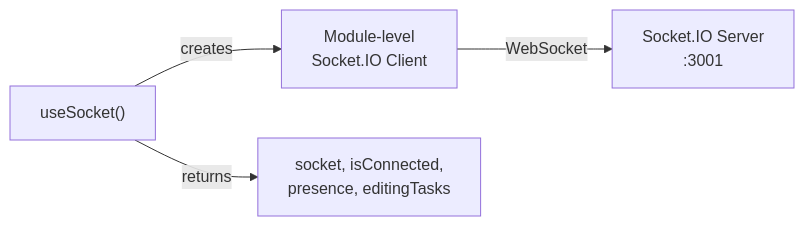
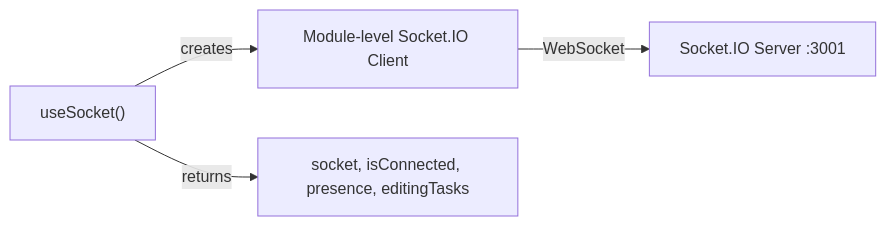
One commit to asefahmed500/Smart-Task-App_IIT_DU_Final_Project changed the fourth of 8 diagrams in docs/07-real-time-sockets.md. Above: the diagram before and after it, drawn with Mermaid. The commit also changed other lines of this file and 8 other files, not shown here.

Commit message:
fix: remove br tags from mermaid diagrams for GitHub rendering

````diff
--- a/docs/07-real-time-sockets.md
+++ b/docs/07-real-time-sockets.md
@@ -142,7 +142,7 @@
 ```mermaid
 flowchart LR
-    HOOK["useSocket()"] -->|"creates"| CLIENT["Module-level<br/>Socket.IO Client"]
-    CLIENT -->|"WebSocket"| SERVER["Socket.IO Server<br/>:3001"]
+    HOOK["useSocket()"] -->|"creates"| CLIENT["Module-level Socket.IO Client"]
+    CLIENT -->|"WebSocket"| SERVER["Socket.IO Server :3001"]
 
-    HOOK -->|"returns"| API["socket, isConnected,<br/>presence, editingTasks"]
+    HOOK -->|"returns"| API["socket, isConnected, presence, editingTasks"]
 ```
````
